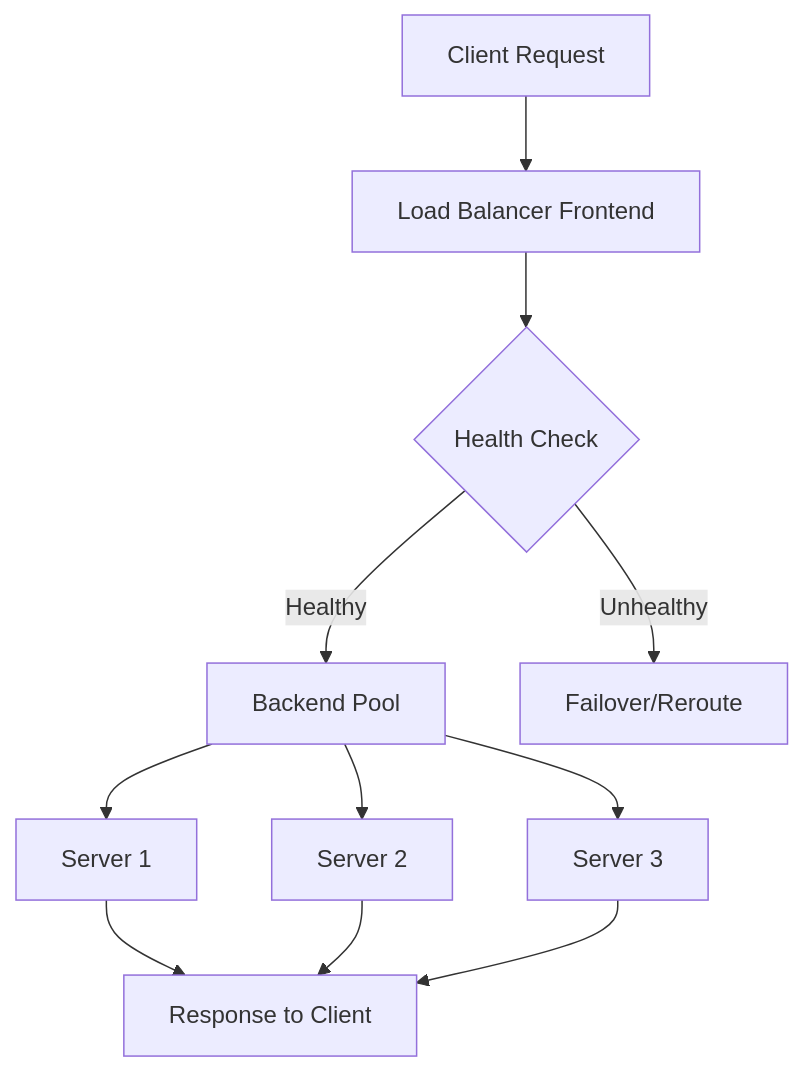
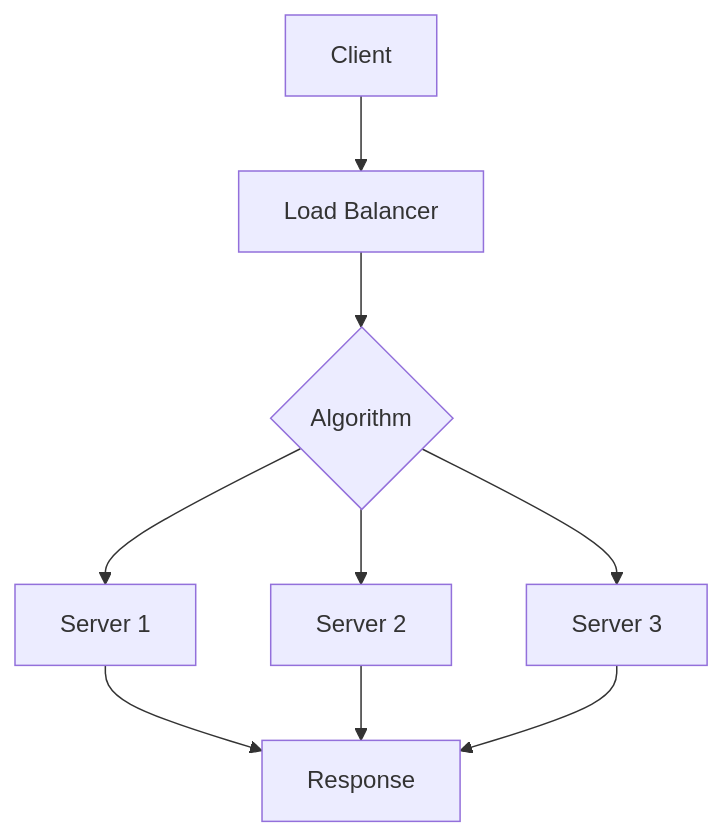
Before and after one commit to VrushankPatel/interview-matters: the diagram in load-balancing-and-strategies/README.md, drawn with Mermaid. The commit also changed other lines of this file and 9 other files, not shown here.

````diff
--- a/load-balancing-and-strategies/README.md
+++ b/load-balancing-and-strategies/README.md
@@ -50,13 +38,11 @@
 ```mermaid
 graph TD
-    A[Client Request] --> B[Load Balancer Frontend]
-    B --> C{Health Check}
-    C -->|Healthy| D[Backend Pool]
-    D --> E[Server 1]
-    D --> F[Server 2]
-    D --> G[Server 3]
-    C -->|Unhealthy| H[Failover/Reroute]
-    E --> I[Response to Client]
-    F --> I
-    G --> I
+    A[Client] --> B[Load Balancer]
+    B --> C{Algorithm}
+    C --> D[Server 1]
+    C --> E[Server 2]
+    C --> F[Server 3]
+    D --> G[Response]
+    E --> G
+    F --> G
 ```
````
